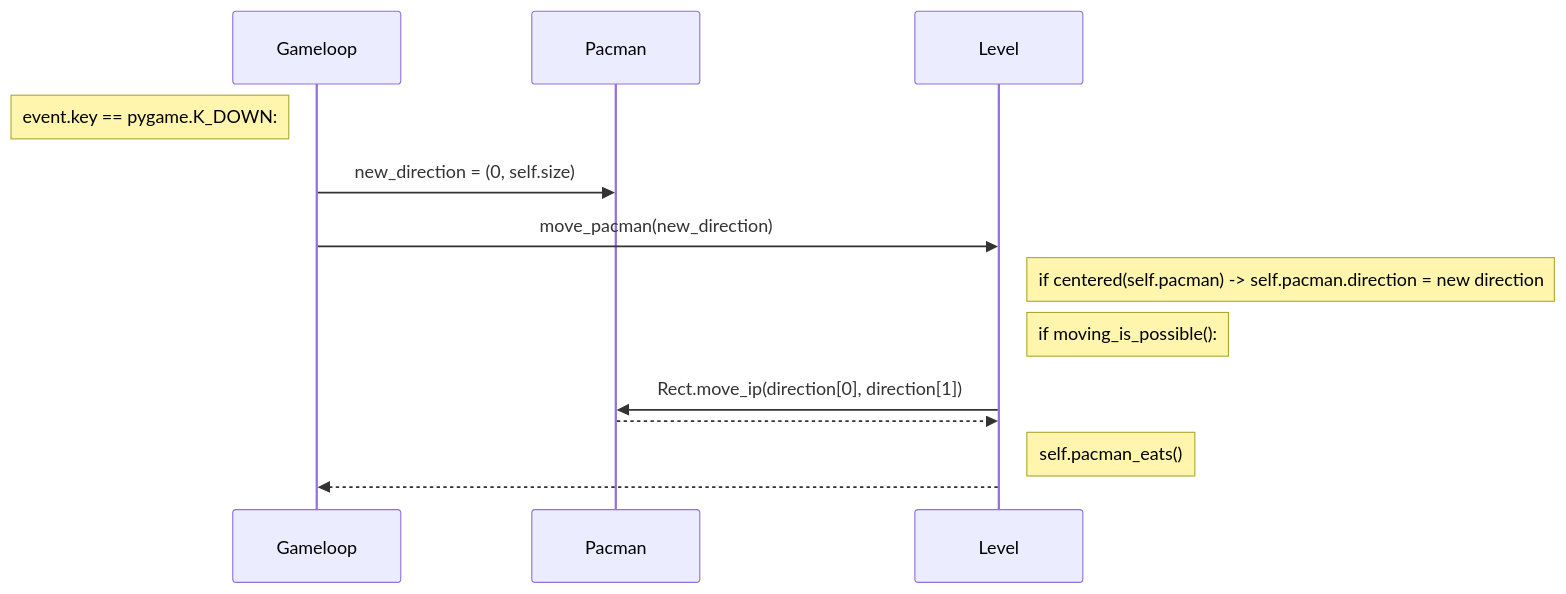
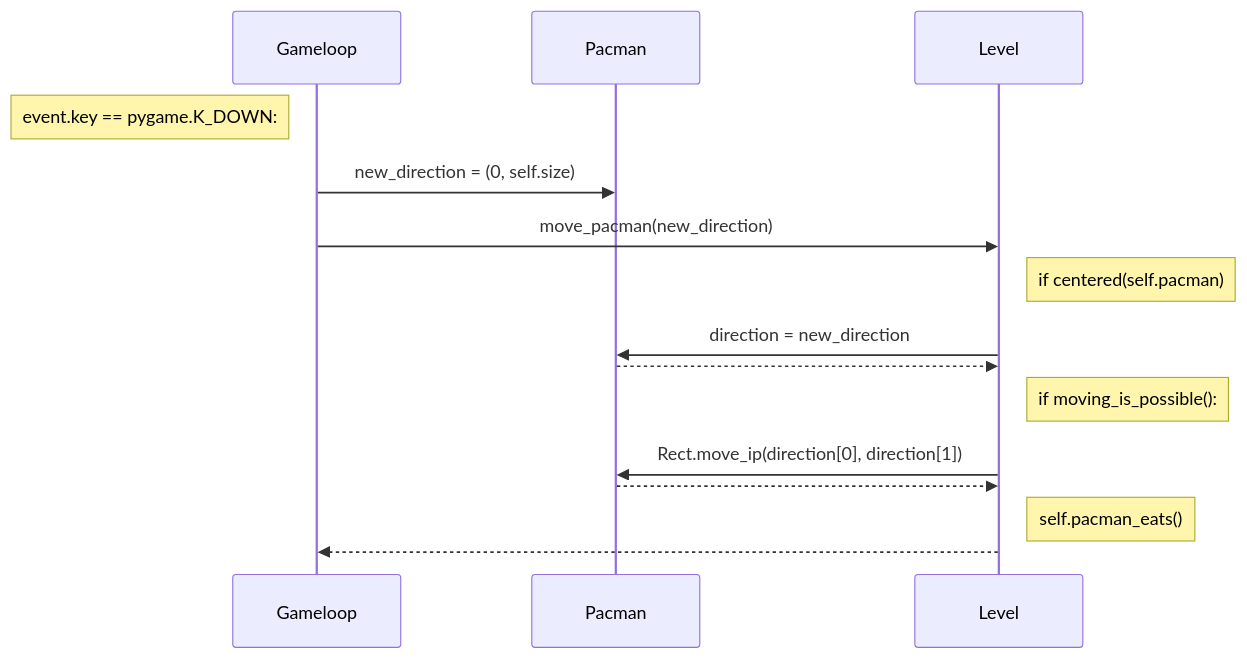
One commit to henriimmonen/ot-harjoitustyo changed the second of 2 diagrams in dokumentaatio/arkkitehtuuri.md. Above: the diagram before and after it, drawn with Mermaid.

Commit message:
korjaus sekvenssidiagrammiin.

````diff
--- a/dokumentaatio/arkkitehtuuri.md
+++ b/dokumentaatio/arkkitehtuuri.md
@@ -27,12 +27,14 @@
 ```mermaid
 sequenceDiagram
 	Note left of Gameloop: event.key == pygame.K_DOWN:
 	Gameloop->>Pacman: new_direction = (0, self.size)
 	Gameloop->>Level: move_pacman(new_direction)
-	Note right of Level: if centered(self.pacman) -> self.pacman.direction = new direction;
+	Note right of Level: if centered(self.pacman)
+	Level->>Pacman: direction = new_direction
+	Pacman-->>Level: ;
 	Note right of Level: if moving_is_possible():
 	Level->>Pacman: Rect.move_ip(direction[0], direction[1])
 	Pacman-->>Level: ;
 	Note right of Level: self.pacman_eats()
 	Level-->>Gameloop: ;
 ```
````
